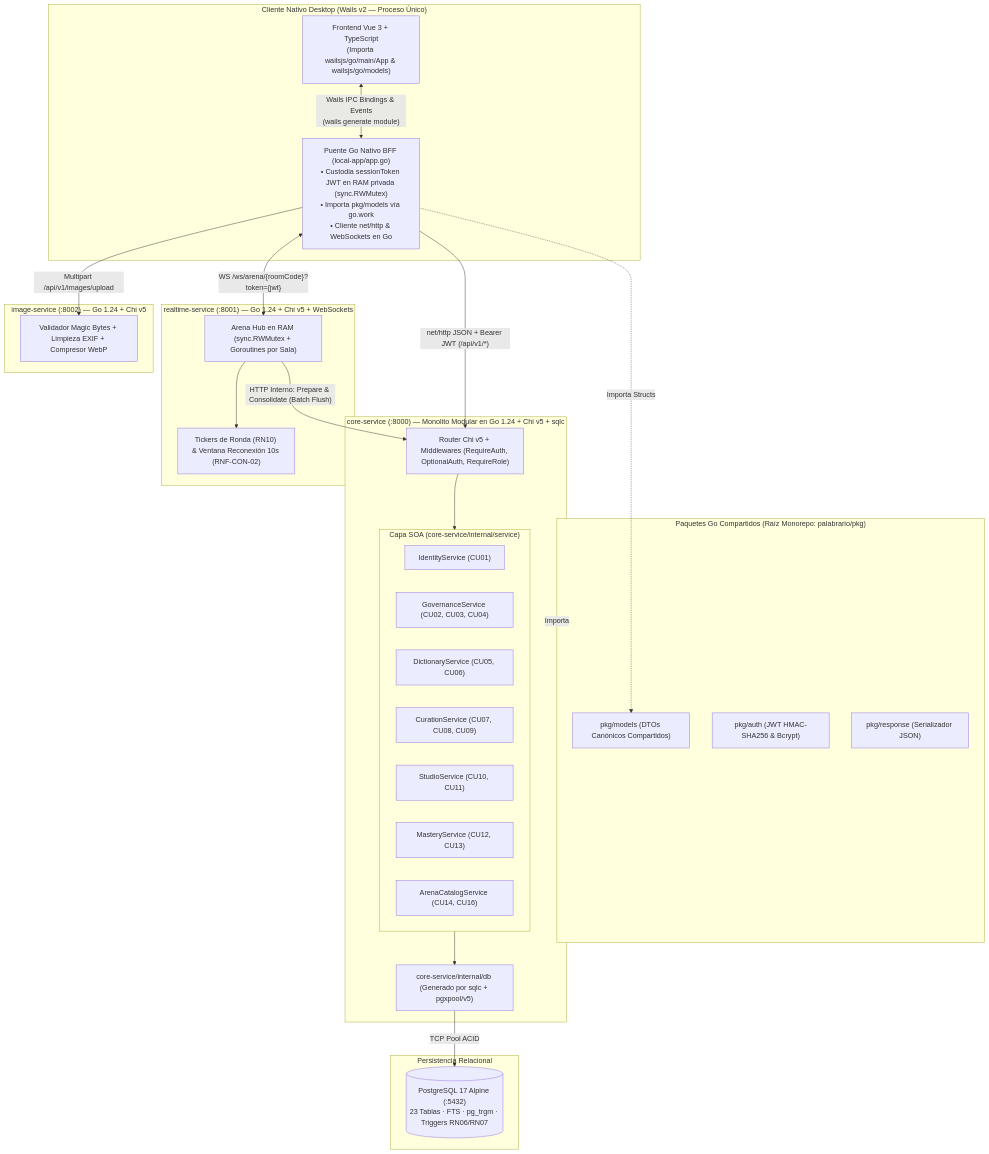
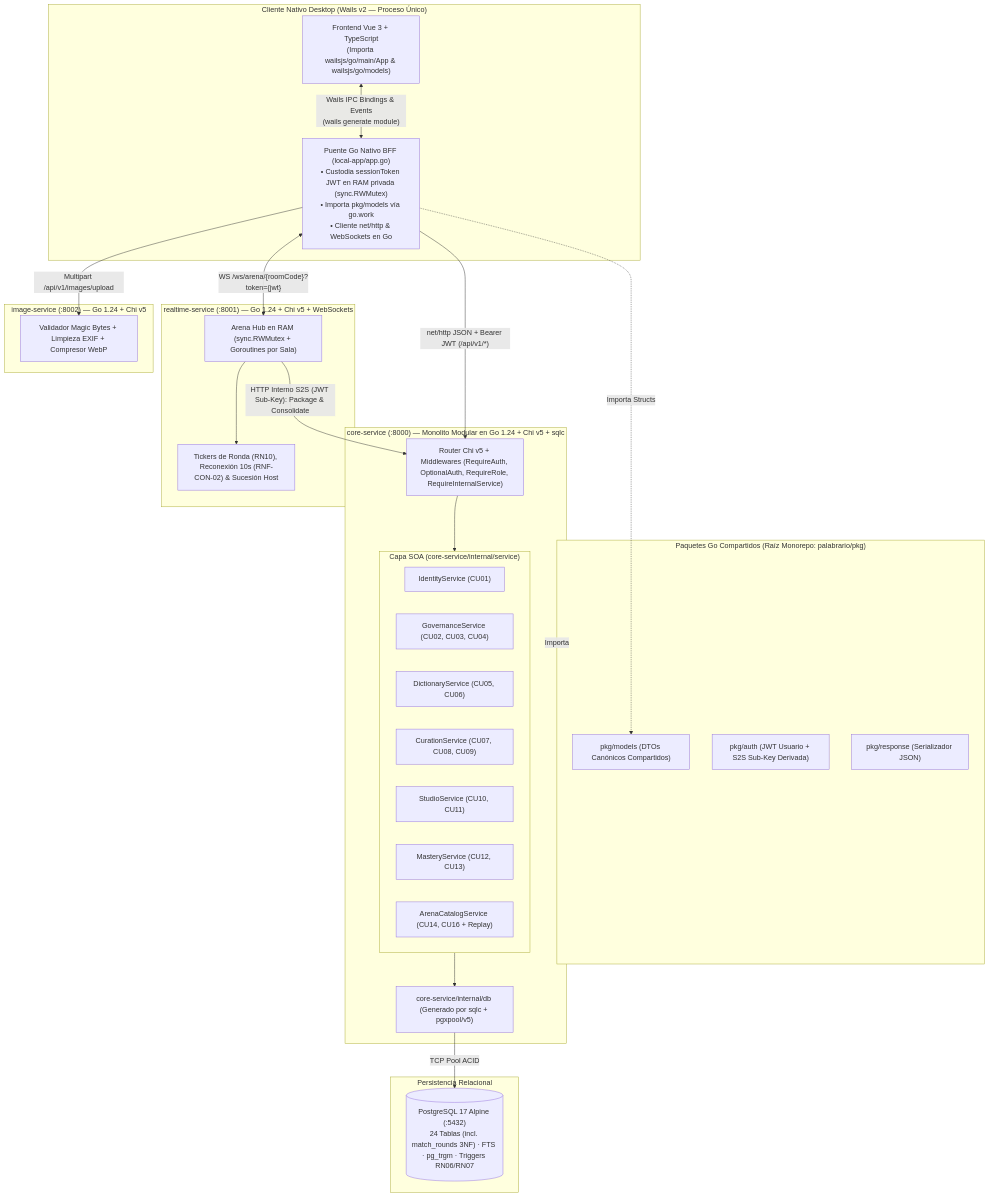
The diagram in .context/INTERFACES.md (OGShawnLee/palabrario), drawn with Mermaid before and after one commit. The commit also changed other lines of this file and 4 other files, not shown here.

First line of the commit message:
docs: plan Phase 4 arena architecture, domain contracts, and atomic workflow

````diff
--- a/.context/INTERFACES.md
+++ b/.context/INTERFACES.md
@@ -35,52 +35,52 @@
 ```mermaid
 flowchart TB
     subgraph Client["Cliente Nativo Desktop (Wails v2 — Proceso Único)"]
         UI["Frontend Vue 3 + TypeScript\n(Importa wailsjs/go/main/App & wailsjs/go/models)"]
         WailsBFF["Puente Go Nativo BFF (local-app/app.go)\n• Custodia sessionToken JWT en RAM privada (sync.RWMutex)\n• Importa pkg/models vía go.work\n• Cliente net/http & WebSockets en Go"]
         UI <-->|"Wails IPC Bindings & Events\n(wails generate module)"| WailsBFF
     end
 
     subgraph SharedPkg["Paquetes Go Compartidos (Raíz Monorepo: palabrario/pkg)"]
         PkgModels["pkg/models (DTOs Canónicos Compartidos)"]
-        PkgAuth["pkg/auth (JWT HMAC-SHA256 & Bcrypt)"]
+        PkgAuth["pkg/auth (JWT Usuario + S2S Sub-Key Derivada)"]
         PkgResp["pkg/response (Serializador JSON)"]
     end
 
     subgraph CoreService["core-service (:8000) — Monolito Modular en Go 1.24 + Chi v5 + sqlc"]
-        Router["Router Chi v5 + Middlewares (RequireAuth, OptionalAuth, RequireRole)"]
+        Router["Router Chi v5 + Middlewares (RequireAuth, OptionalAuth, RequireRole, RequireInternalService)"]
         subgraph SOALayer["Capa SOA (core-service/internal/service)"]
             S1["IdentityService (CU01)"]
             S2["GovernanceService (CU02, CU03, CU04)"]
             S3["DictionaryService (CU05, CU06)"]
             S4["CurationService (CU07, CU08, CU09)"]
             S5["StudioService (CU10, CU11)"]
             S6["MasteryService (CU12, CU13)"]
-            S7["ArenaCatalogService (CU14, CU16)"]
+            S7["ArenaCatalogService (CU14, CU16 + Replay)"]
         end
         DBLayer["core-service/internal/db (Generado por sqlc + pgxpool/v5)"]
         Router --> SOALayer --> DBLayer
     end
 
     subgraph RealtimeService["realtime-service (:8001) — Go 1.24 + Chi v5 + WebSockets"]
         WSHub["Arena Hub en RAM (sync.RWMutex + Goroutines por Sala)"]
-        WSTimer["Tickers de Ronda (RN10) & Ventana Reconexión 10s (RNF-CON-02)"]
+        WSTimer["Tickers de Ronda (RN10), Reconexión 10s (RNF-CON-02) & Sucesión Host"]
         WSHub --> WSTimer
     end
 
     subgraph ImageService["image-service (:8002) — Go 1.24 + Chi v5"]
         ImgProc["Validador Magic Bytes + Limpieza EXIF + Compresor WebP"]
     end
 
     subgraph Database["Persistencia Relacional"]
-        PG[("PostgreSQL 17 Alpine (:5432)\n23 Tablas · FTS · pg_trgm · Triggers RN06/RN07")]
+        PG[("PostgreSQL 17 Alpine (:5432)\n24 Tablas (incl. match_rounds 3NF) · FTS · pg_trgm · Triggers RN06/RN07")]
     end
 
     WailsBFF -.->|"Importa Structs"| PkgModels
     CoreService -.->|"Importa"| SharedPkg
     WailsBFF -->|"net/http JSON + Bearer JWT (/api/v1/*)"| Router
     WailsBFF <-->|"WS /ws/arena/{roomCode}?token={jwt}"| WSHub
     WailsBFF -->|"Multipart /api/v1/images/upload"| ImgProc
 
     DBLayer -->|"TCP Pool ACID"| PG
-    WSHub -->|"HTTP Interno: Prepare & Consolidate (Batch Flush)"| Router
+    WSHub -->|"HTTP Interno S2S (JWT Sub-Key): Package & Consolidate"| Router
 ```
````
